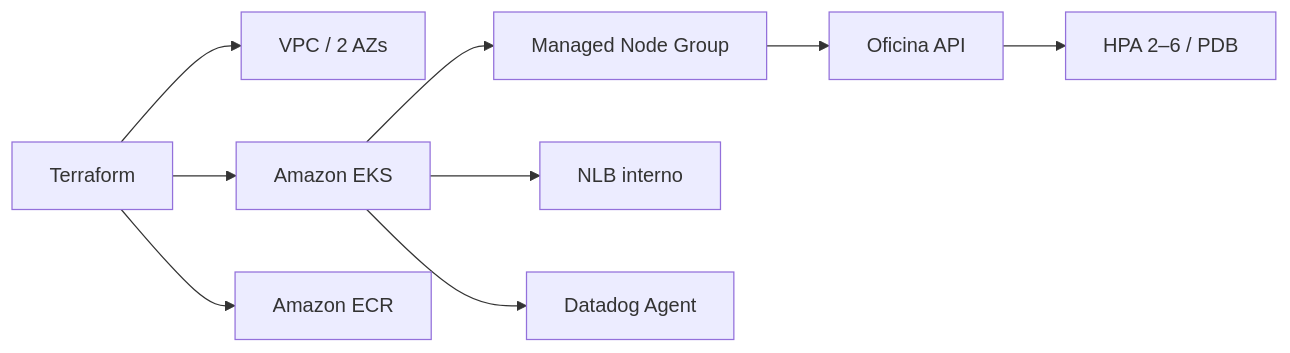
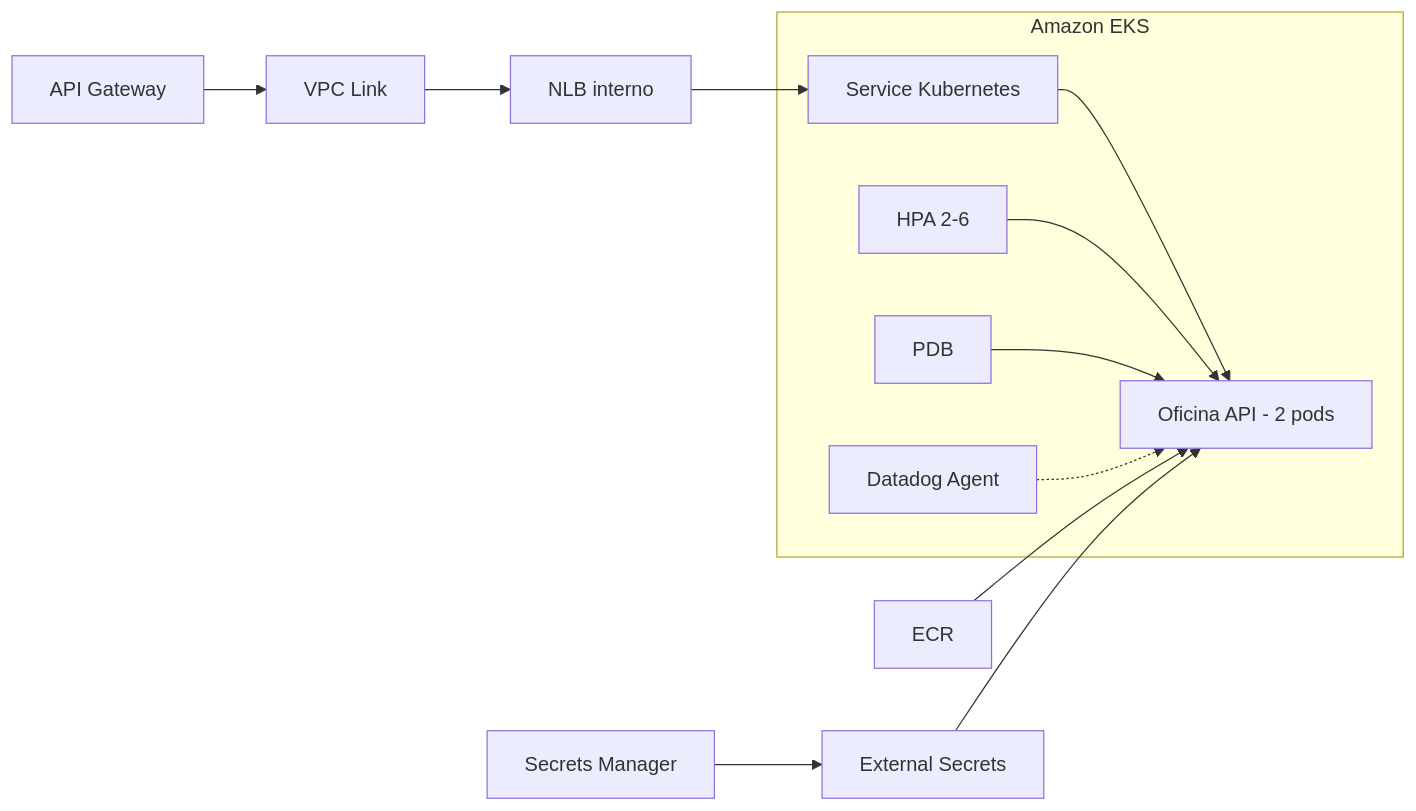
The diagram in README.md (maypinheiro/oficina-k8s-infra), drawn with Mermaid before and after one commit. The commit also changed other lines of this file and 1 other file, not shown here.

Commit message:
docs: detalhar plataforma EKS e decisões técnicas

````diff
--- a/README.md
+++ b/README.md
@@ -7,11 +17,14 @@
 ```mermaid
 flowchart LR
-  TF["Terraform"] --> VPC["VPC / 2 AZs"]
-  TF --> EKS["Amazon EKS"]
-  TF --> ECR["Amazon ECR"]
-  EKS --> Nodes["Managed Node Group"]
-  Nodes --> API["Oficina API"]
-  API --> HPA["HPA 2–6 / PDB"]
-  EKS --> NLB["NLB interno"]
-  EKS --> DD["Datadog Agent"]
+  GW["API Gateway"] --> VPCL["VPC Link"]
+  VPCL --> NLB["NLB interno"]
+  NLB --> SVC["Service Kubernetes"]
+  subgraph EKS["Amazon EKS"]
+    SVC --> API["Oficina API - 2 pods"]
+    HPA["HPA 2-6"] --> API
+    PDB["PDB"] --> API
+    DD["Datadog Agent"] -.-> API
+  end
+  ECR["ECR"] --> API
+  SM["Secrets Manager"] --> ESO["External Secrets"] --> API
 ```
````
